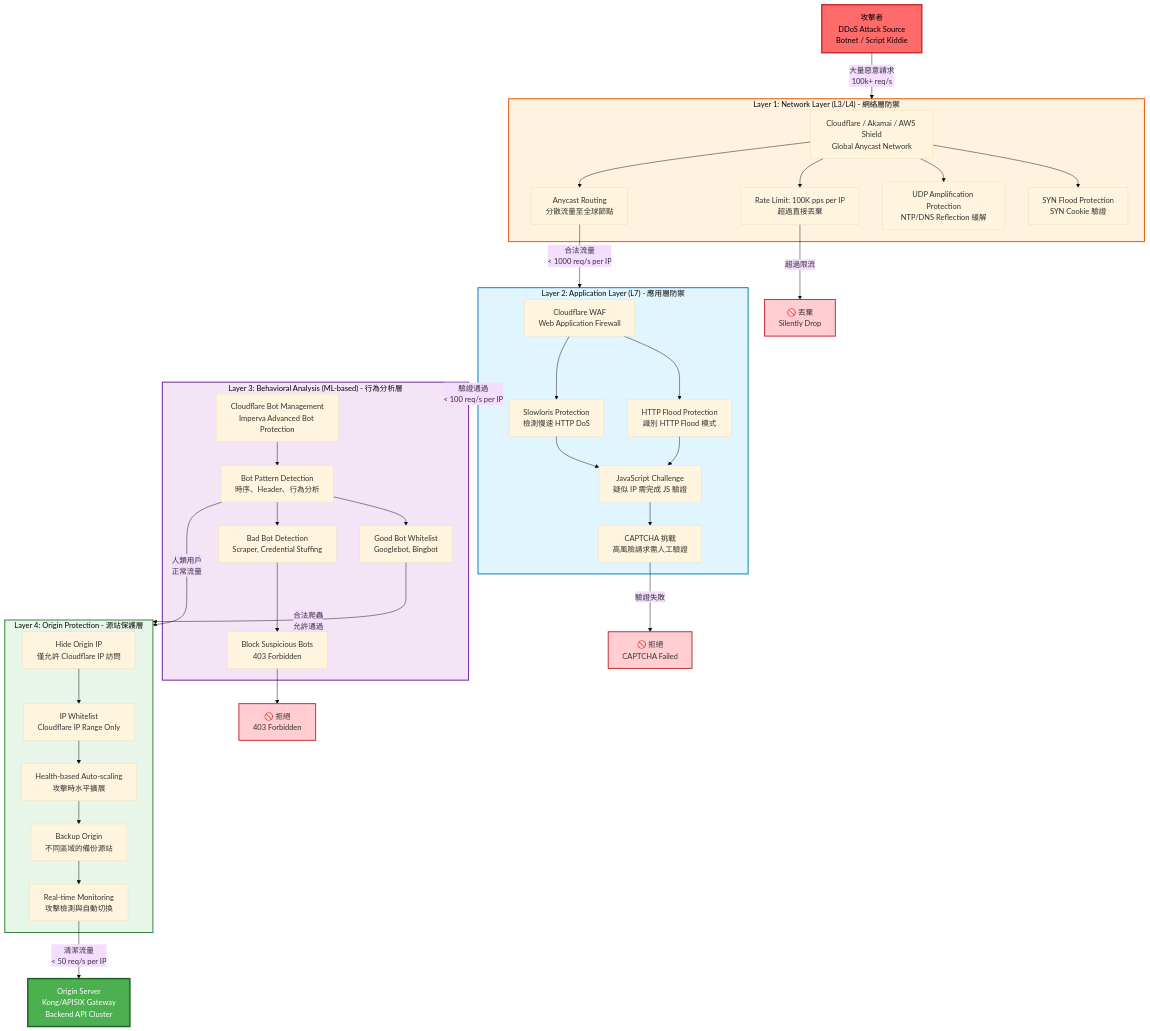
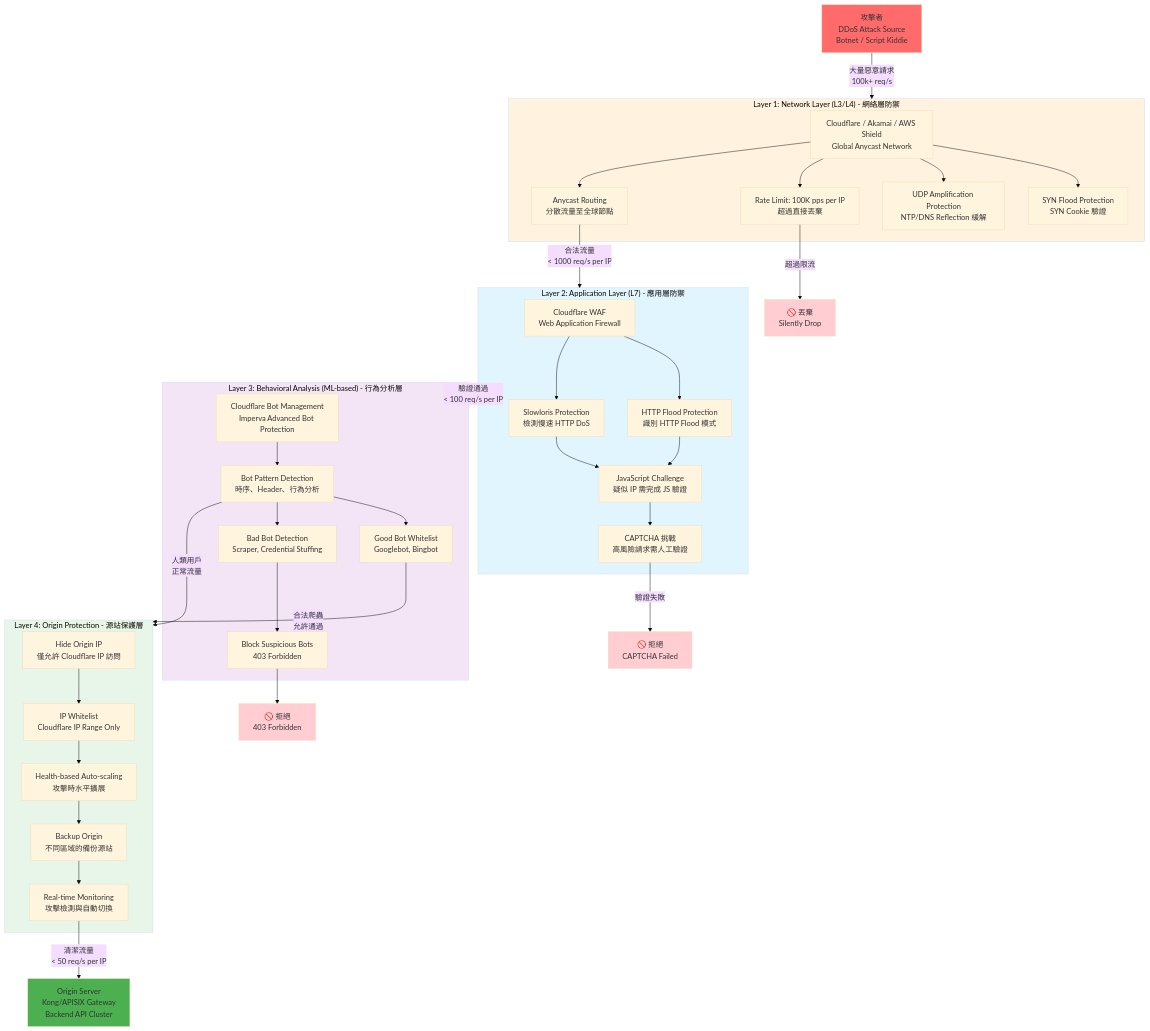
The third of 3 diagrams in docs/iGaming/12_Technical_Operations/12-03_Gateway_Architecture.md (ron03wlb/smart-admin), drawn with Mermaid (base theme) before and after one commit. The commit also changed other lines of this file and 16 other files, not shown here.

First line of the commit message:
fix(mermaid): Phase 6 - fix Type D comma-separated style properties

````diff
--- a/docs/iGaming/12_Technical_Operations/12-03_Gateway_Architecture.md
+++ b/docs/iGaming/12_Technical_Operations/12-03_Gateway_Architecture.md
@@ -644,82 +644,82 @@
 ```mermaid
 flowchart TD
     ATTACKER[攻擊者<br/>DDoS Attack Source<br/>Botnet / Script Kiddie]
 
     ATTACKER -->|大量惡意請求<br/>100k+ req/s| LAYER1
 
     subgraph LAYER1["Layer 1: Network Layer (L3/L4) - 網絡層防禦"]
         L1_PROVIDER[Cloudflare / Akamai / AWS Shield<br/>Global Anycast Network]
         L1_SYN[SYN Flood Protection<br/>SYN Cookie 驗證]
         L1_UDP[UDP Amplification Protection<br/>NTP/DNS Reflection 緩解]
         L1_RATE[Rate Limit: 100K pps per IP<br/>超過直接丟棄]
         L1_ANYCAST[Anycast Routing<br/>分散流量至全球節點]
 
         L1_PROVIDER --> L1_SYN
         L1_PROVIDER --> L1_UDP
         L1_PROVIDER --> L1_RATE
         L1_PROVIDER --> L1_ANYCAST
     end
 
     L1_ANYCAST -->|合法流量<br/>< 1000 req/s per IP| LAYER2
 
     subgraph LAYER2["Layer 2: Application Layer (L7) - 應用層防禦"]
         L2_WAF[Cloudflare WAF<br/>Web Application Firewall]
         L2_HTTP[HTTP Flood Protection<br/>識別 HTTP Flood 模式]
         L2_SLOWLORIS[Slowloris Protection<br/>檢測慢速 HTTP DoS]
         L2_CHALLENGE[JavaScript Challenge<br/>疑似 IP 需完成 JS 驗證]
         L2_CAPTCHA[CAPTCHA 挑戰<br/>高風險請求需人工驗證]
 
         L2_WAF --> L2_HTTP
         L2_WAF --> L2_SLOWLORIS
         L2_HTTP --> L2_CHALLENGE
         L2_SLOWLORIS --> L2_CHALLENGE
         L2_CHALLENGE --> L2_CAPTCHA
     end
 
     LAYER2 -->|驗證通過<br/>< 100 req/s per IP| LAYER3
 
     subgraph LAYER3["Layer 3: Behavioral Analysis (ML-based) - 行為分析層"]
         L3_BOT[Cloudflare Bot Management<br/>Imperva Advanced Bot Protection]
         L3_PATTERN[Bot Pattern Detection<br/>時序、Header、行為分析]
         L3_GOODBOT[Good Bot Whitelist<br/>Googlebot, Bingbot]
         L3_BADBOT[Bad Bot Detection<br/>Scraper, Credential Stuffing]
         L3_BLOCK[Block Suspicious Bots<br/>403 Forbidden]
 
         L3_BOT --> L3_PATTERN
         L3_PATTERN --> L3_GOODBOT
         L3_PATTERN --> L3_BADBOT
         L3_BADBOT --> L3_BLOCK
     end
 
     L3_GOODBOT -->|合法爬蟲<br/>允許通過| LAYER4
     L3_PATTERN -->|人類用戶<br/>正常流量| LAYER4
 
     subgraph LAYER4["Layer 4: Origin Protection - 源站保護層"]
         L4_HIDE[Hide Origin IP<br/>僅允許 Cloudflare IP 訪問]
         L4_WHITELIST[IP Whitelist<br/>Cloudflare IP Range Only]
         L4_AUTOSCALE[Health-based Auto-scaling<br/>攻擊時水平擴展]
         L4_BACKUP[Backup Origin<br/>不同區域的備份源站]
         L4_MONITOR[Real-time Monitoring<br/>攻擊檢測與自動切換]
 
         L4_HIDE --> L4_WHITELIST
         L4_WHITELIST --> L4_AUTOSCALE
         L4_AUTOSCALE --> L4_BACKUP
         L4_BACKUP --> L4_MONITOR
     end
 
     L4_MONITOR -->|清潔流量<br/>< 50 req/s per IP| ORIGIN[Origin Server<br/>Kong/APISIX Gateway<br/>Backend API Cluster]
 
     L3_BLOCK --> REJECT1[🚫 拒絕<br/>403 Forbidden]
     L2_CAPTCHA -->|驗證失敗| REJECT2[🚫 拒絕<br/>CAPTCHA Failed]
     L1_RATE -->|超過限流| REJECT3[🚫 丟棄<br/>Silently Drop]
 
-    style ATTACKER fill:#FF6B6B,stroke:#C92A2A,stroke-width:3px,color:#000
-    style LAYER1 fill:#FFF3E0,stroke:#E65100,stroke-width:2px
-    style LAYER2 fill:#E1F5FE,stroke:#0277BD,stroke-width:2px
-    style LAYER3 fill:#F3E5F5,stroke:#6A1B9A,stroke-width:2px
-    style LAYER4 fill:#E8F5E9,stroke:#2E7D32,stroke-width:2px
-    style ORIGIN fill:#4CAF50,stroke:#1B5E20,stroke-width:3px,color:#FFF
-    style REJECT1 fill:#FFCDD2,stroke:#C62828,stroke-width:2px
-    style REJECT2 fill:#FFCDD2,stroke:#C62828,stroke-width:2px
-    style REJECT3 fill:#FFCDD2,stroke:#C62828,stroke-width:2px
+    style ATTACKER fill:#FF6B6B
+    style LAYER1 fill:#FFF3E0
+    style LAYER2 fill:#E1F5FE
+    style LAYER3 fill:#F3E5F5
+    style LAYER4 fill:#E8F5E9
+    style ORIGIN fill:#4CAF50
+    style REJECT1 fill:#FFCDD2
+    style REJECT2 fill:#FFCDD2
+    style REJECT3 fill:#FFCDD2
 ```
````
